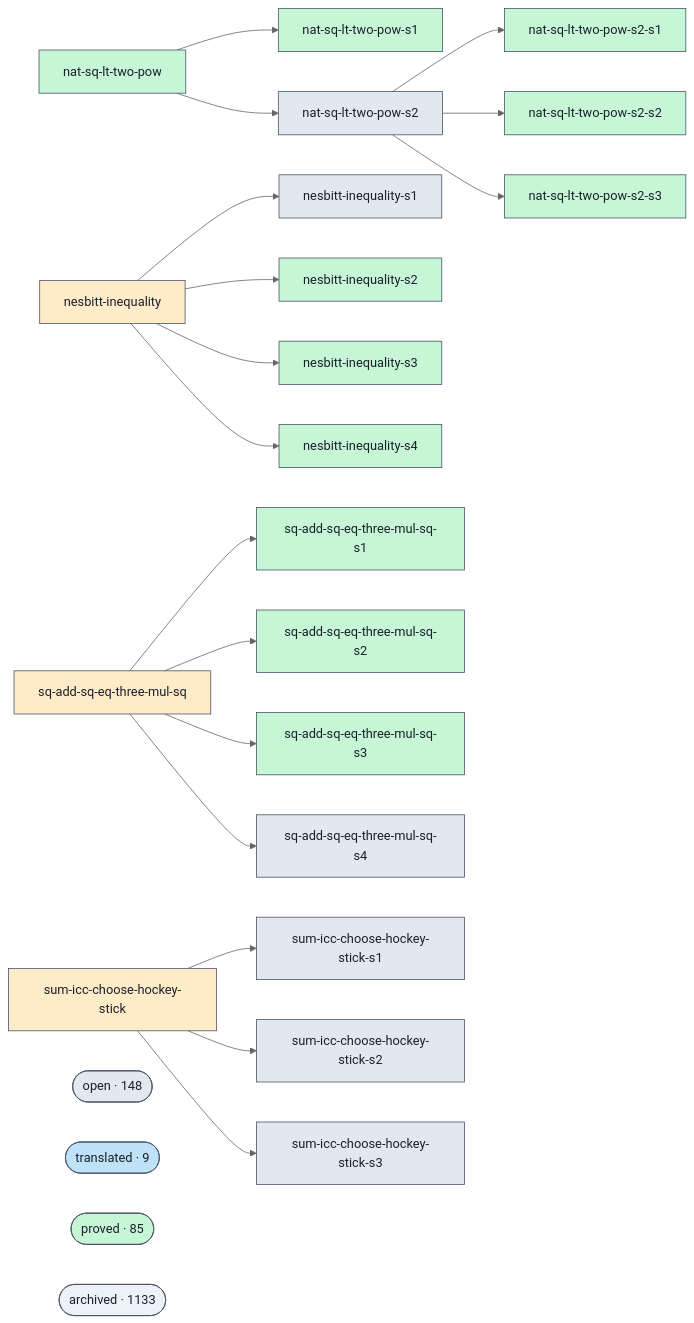
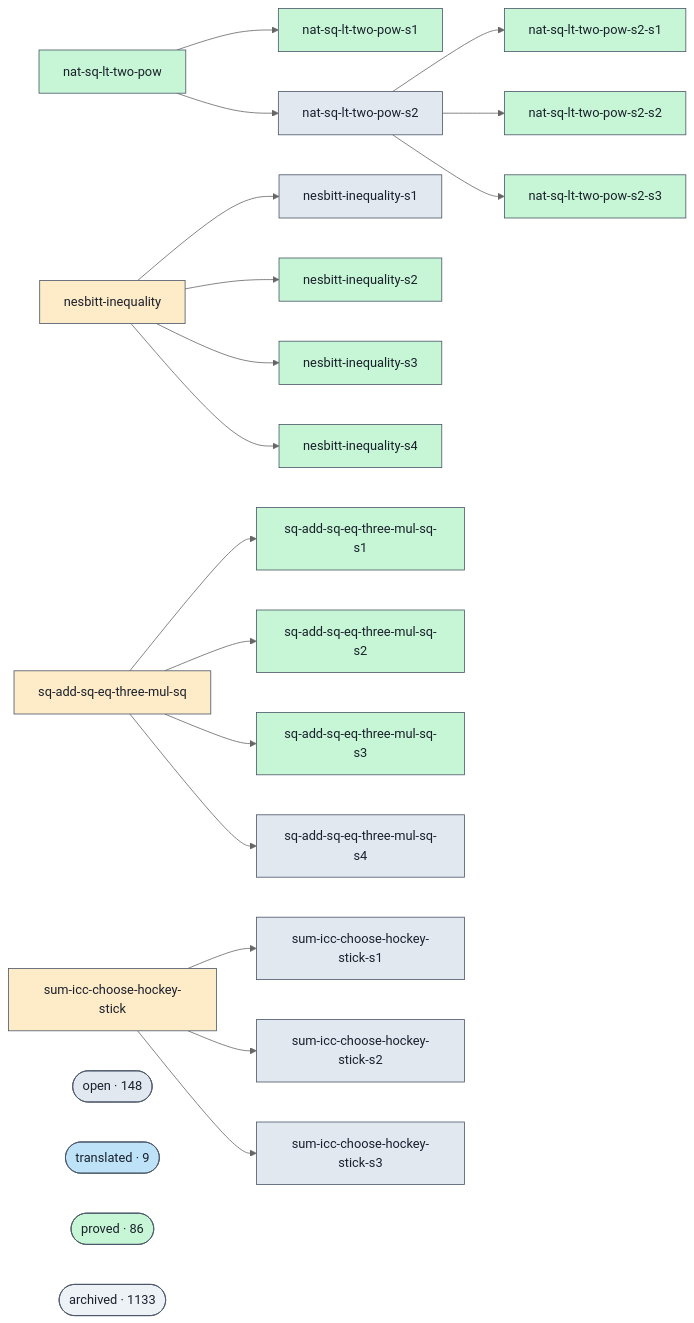
Before and after one commit to ohdearquant/unsorry: the diagram in docs/proofs-contributors-visualisation.md, drawn with Mermaid (neutral theme). The commit also changed other lines of this file and 2 other files, not shown here.

```diff
--- a/docs/proofs-contributors-visualisation.md
+++ b/docs/proofs-contributors-visualisation.md
@@ -102,7 +102,7 @@
   class cluster_open open;
   cluster_translated(["translated · 9"])
   class cluster_translated translated;
-  cluster_proved(["proved · 85"])
+  cluster_proved(["proved · 86"])
   class cluster_proved proved;
   cluster_archived(["archived · 1133"])
   class cluster_archived unknown;
```
